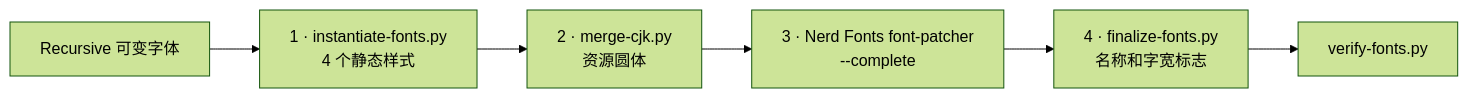
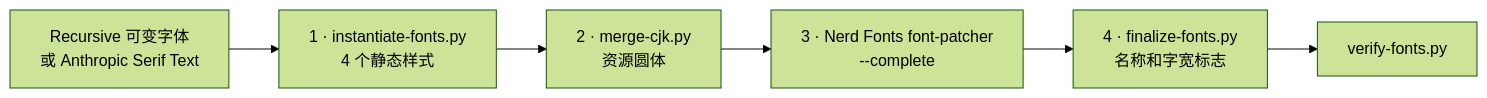
The diagram in wiki/Build-Pipeline-zh-CN.md (D0n9X1n/m-fonts), drawn with Mermaid (forest theme) before and after one commit. The commit also changed other lines of this file and 44 other files, not shown here.

````diff
--- a/wiki/Build-Pipeline-zh-CN.md
+++ b/wiki/Build-Pipeline-zh-CN.md
@@ -8,8 +8,8 @@
 ```mermaid
 flowchart LR
-    vf["Recursive 可变字体"] --> s1["1 · instantiate-fonts.py<br/>4 个静态样式"]
+    vf["Recursive 可变字体<br/>或 Anthropic Serif Text"] --> s1["1 · instantiate-fonts.py<br/>4 个静态样式"]
     s1 --> s2["2 · merge-cjk.py<br/>资源圆体"]
     s2 --> s3["3 · Nerd Fonts font-patcher<br/>--complete"]
     s3 --> s4["4 · finalize-fonts.py<br/>名称和字宽标志"]
     s4 --> v["verify-fonts.py"]
 ```
````
